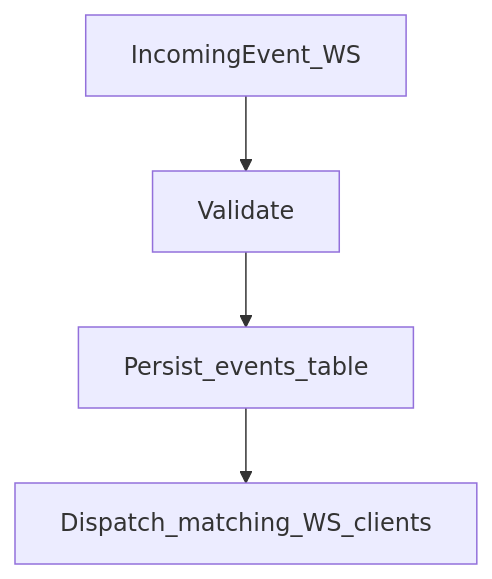
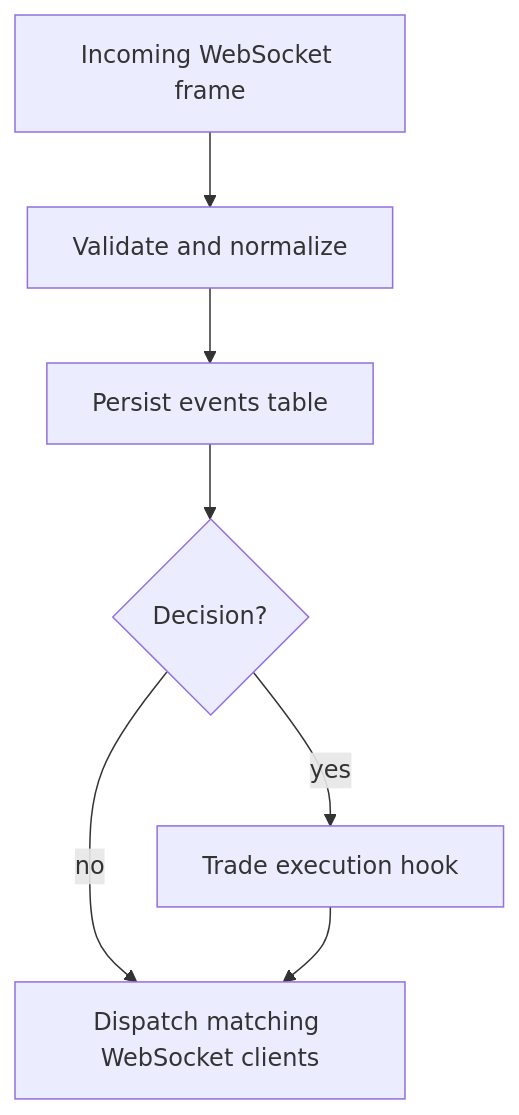
One commit to QuantaGenesis/AITradingSystem changed the diagram in website/dev-docs/architecture/event-system.md. Above: the diagram before and after it, drawn with Mermaid. The commit also changed other lines of this file and 6 other files, not shown here.

````diff
--- a/website/dev-docs/architecture/event-system.md
+++ b/website/dev-docs/architecture/event-system.md
@@ -55,6 +46,9 @@
 ```mermaid
 flowchart TD
-  in[IncomingEvent_WS] --> validate[Validate]
-  validate --> persist[Persist_events_table]
-  persist --> dispatch[Dispatch_matching_WS_clients]
+  in[Incoming WebSocket frame] --> validate[Validate and normalize]
+  validate --> persist[Persist events table]
+  persist --> hook{Decision?}
+  hook -->|yes| execute[Trade execution hook]
+  hook -->|no| dispatch
+  execute --> dispatch[Dispatch matching WebSocket clients]
 ```
````
